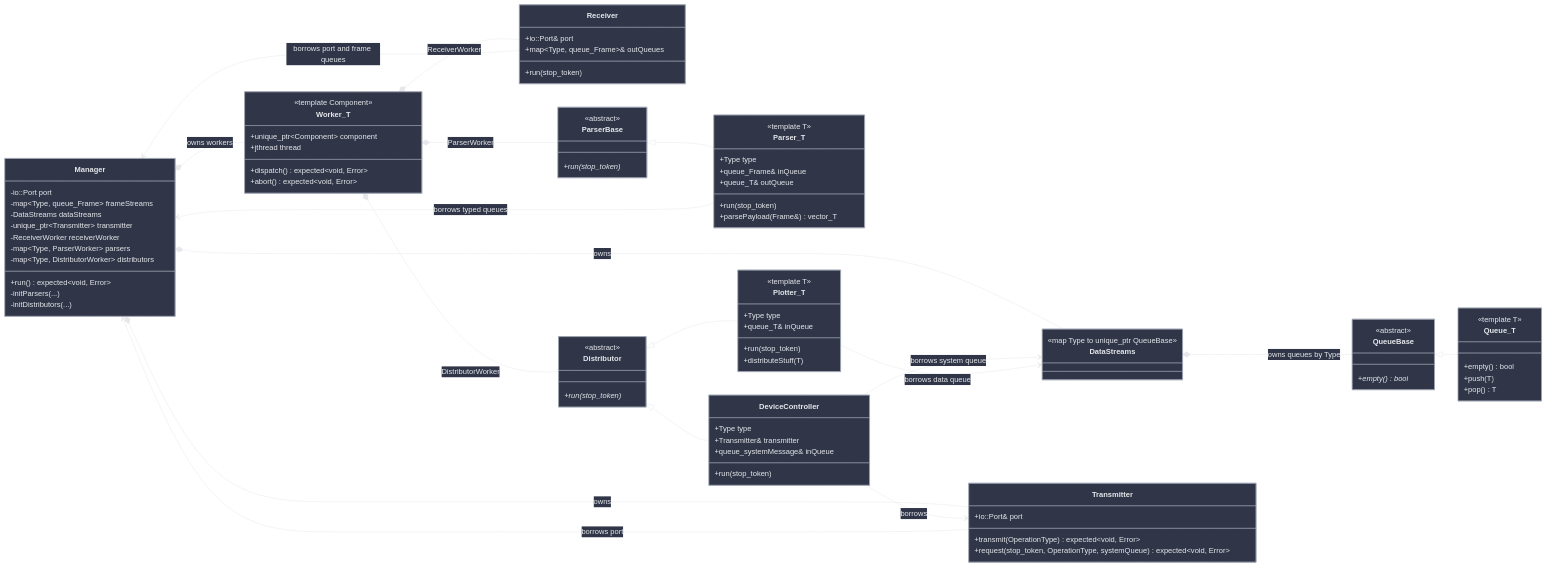
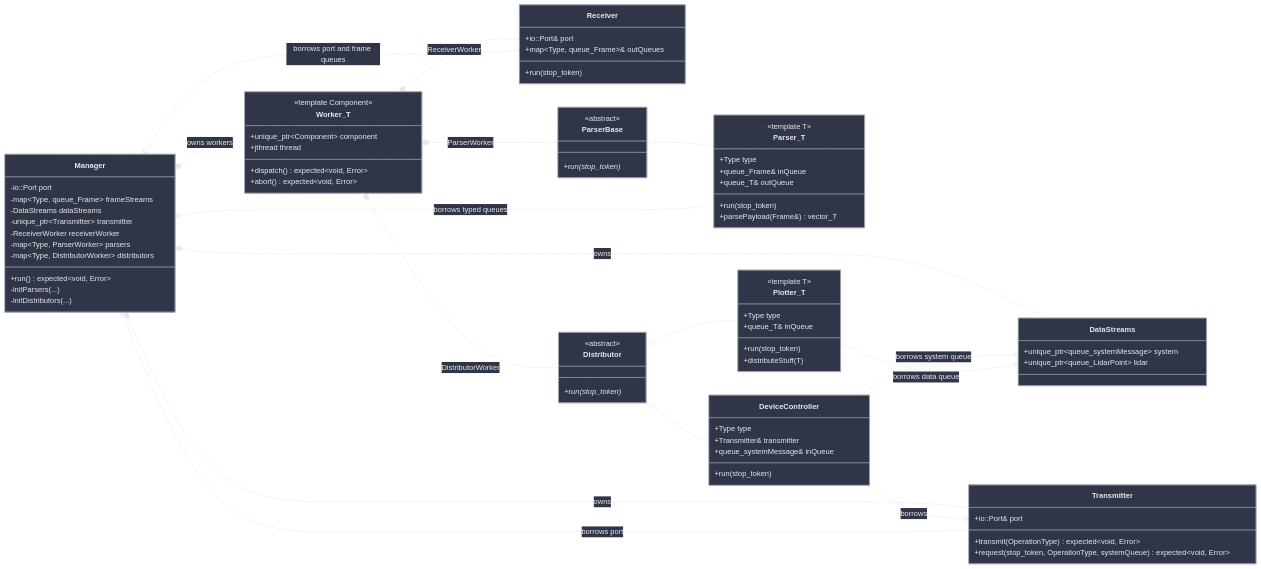
The first of 3 diagrams in docs/architecture.md (kei185/sensor-flow), drawn with Mermaid before and after one commit. The commit also changed other lines of this file and 5 other files, not shown here.

Commit message:
Revert "[codex] Map data streams by frame type"

```diff
--- a/docs/architecture.md
+++ b/docs/architecture.md
@@ -31,19 +31,8 @@
     }
 
     class DataStreams {
-        <<map Type to unique_ptr QueueBase>>
-    }
-
-    class QueueBase {
-        <<abstract>>
-        +empty() bool*
-    }
-
-    class Queue_T {
-        <<template T>>
-        +empty() bool
-        +push(T)
-        +pop() T
+        +unique_ptr~queue_systemMessage~ system
+        +unique_ptr~queue_LidarPoint~ lidar
     }
 
     class Receiver {
@@ -93,8 +82,6 @@
     }
 
     Manager *-- DataStreams : owns
-    DataStreams *-- QueueBase : owns queues by Type
-    QueueBase <|-- Queue_T
     Manager *-- Worker_T : owns workers
     Manager *-- Transmitter : owns
     Worker_T *-- Receiver : ReceiverWorker
```
